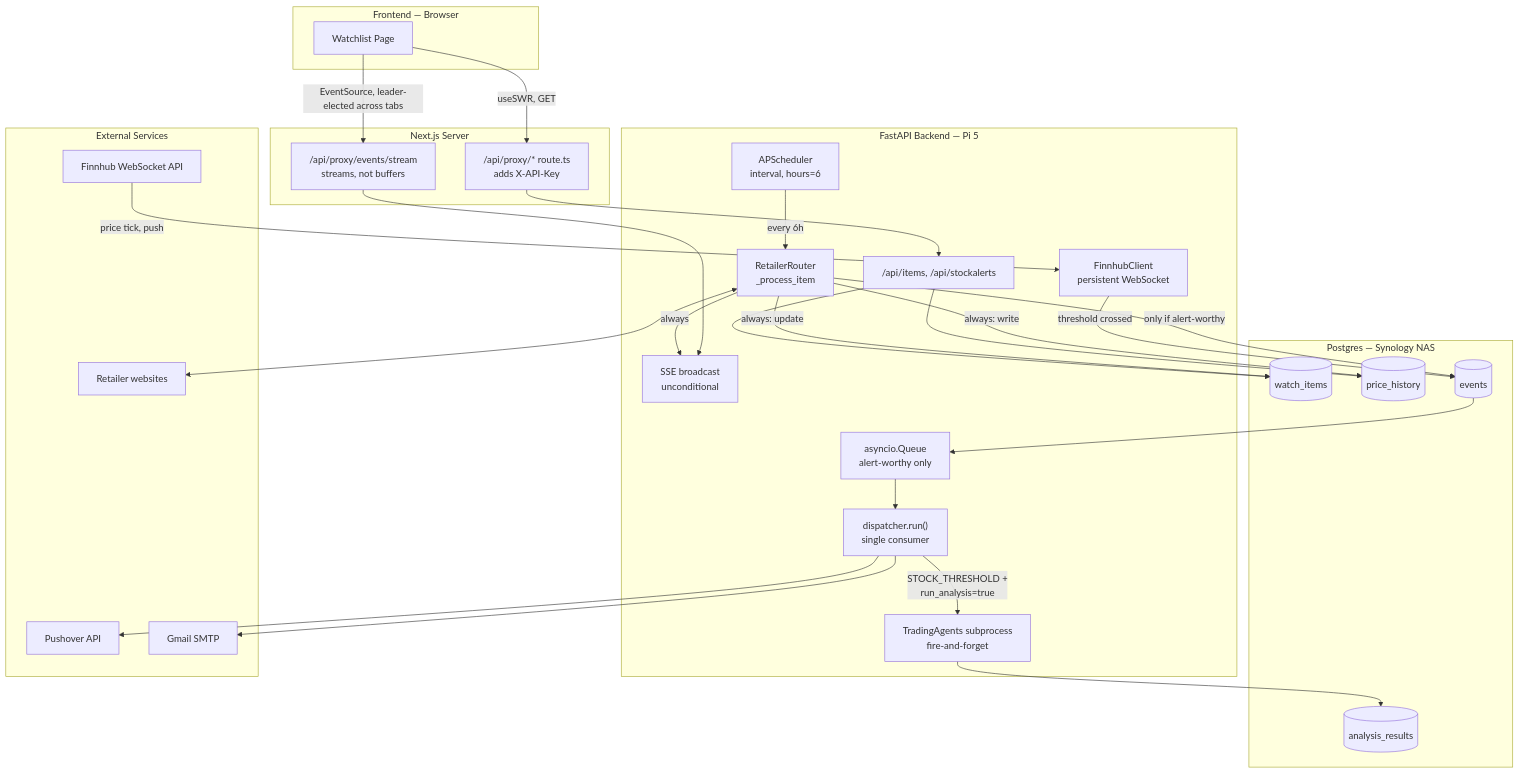
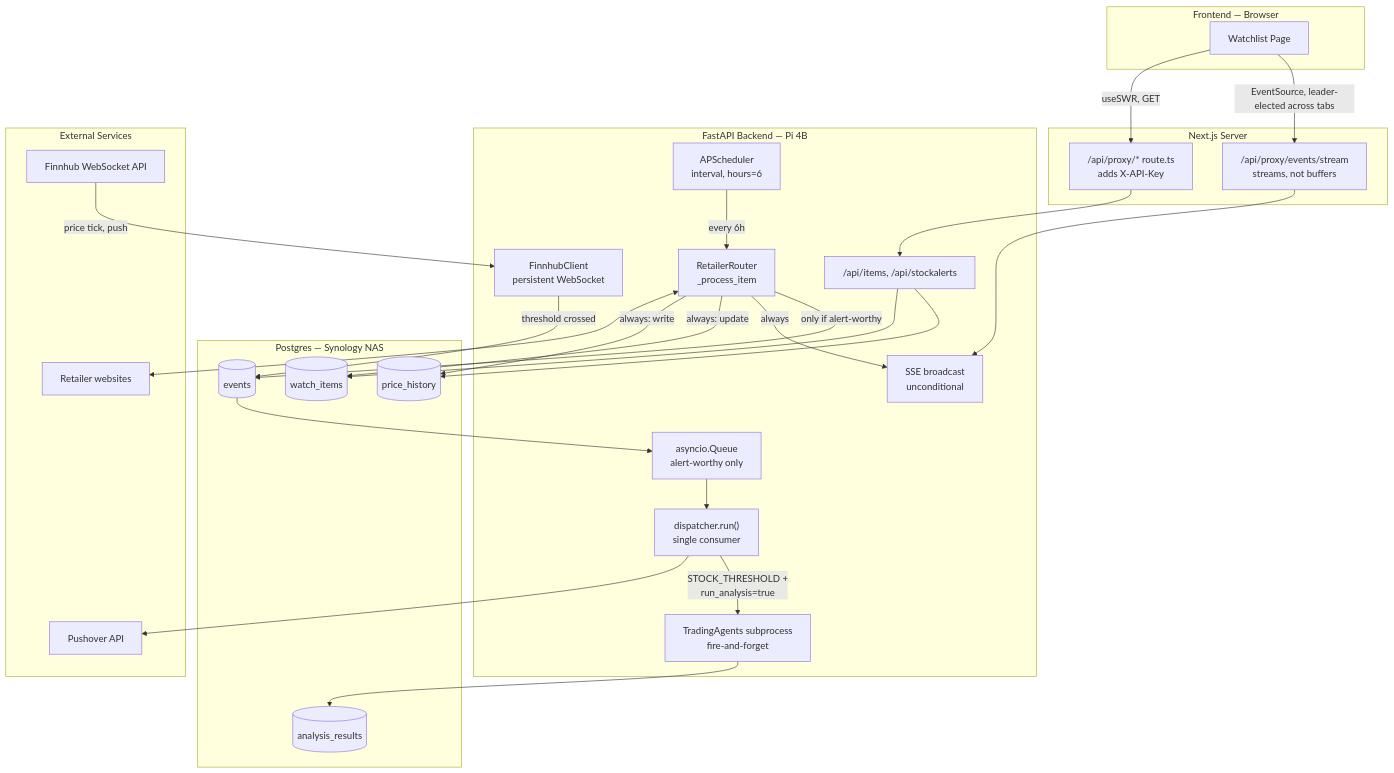
One commit to kiyoundev/youn-server changed the diagram in .doc/architecture.md. Above: the diagram before and after it, drawn with Mermaid. The commit also changed other lines of this file and 8 other files, not shown here.

````diff
--- a/.doc/architecture.md
+++ b/.doc/architecture.md
@@ -9,54 +9,52 @@
 ```mermaid
 flowchart TD
     subgraph FE["Frontend — Browser"]
         UI["Watchlist Page"]
     end
 
     subgraph NEXT["Next.js Server"]
         PROXY["/api/proxy/* route.ts<br/>adds X-API-Key"]
         SSEPROXY["/api/proxy/events/stream<br/>streams, not buffers"]
     end
 
-    subgraph BE["FastAPI Backend — Pi 5"]
+    subgraph BE["FastAPI Backend — Pi 4B"]
         API["/api/items, /api/stockalerts"]
         SCHED["APScheduler<br/>interval, hours=6"]
         SCRAPE["RetailerRouter<br/>_process_item"]
         BCAST["SSE broadcast<br/>unconditional"]
         QUEUE["asyncio.Queue<br/>alert-worthy only"]
         DISP["dispatcher.run()<br/>single consumer"]
         FINN["FinnhubClient<br/>persistent WebSocket"]
         TA["TradingAgents subprocess<br/>fire-and-forget"]
     end
 
     subgraph DB["Postgres — Synology NAS"]
         WI[("watch_items")]
         PH[("price_history")]
         EV[("events")]
         AR[("analysis_results")]
     end
 
     subgraph EXT["External Services"]
         RETAIL["Retailer websites"]
         FINNAPI["Finnhub WebSocket API"]
         PUSH["Pushover API"]
-        MAIL["Gmail SMTP"]
     end
 
     UI -- "useSWR, GET" --> PROXY --> API
     UI -- "EventSource, leader-elected across tabs" --> SSEPROXY --> BCAST
 
     SCHED -- "every 6h" --> SCRAPE
     SCRAPE <--> RETAIL
     SCRAPE -- "always: write" --> PH
     SCRAPE -- "always: update" --> WI
     SCRAPE -- "always" --> BCAST
     SCRAPE -- "only if alert-worthy" --> EV --> QUEUE --> DISP
     DISP --> PUSH
-    DISP --> MAIL
     DISP -- "STOCK_THRESHOLD +<br/>run_analysis=true" --> TA --> AR
 
     FINNAPI -- "price tick, push" --> FINN -- "threshold crossed" --> EV
 
     API --> WI
     API --> PH
 ```
````
